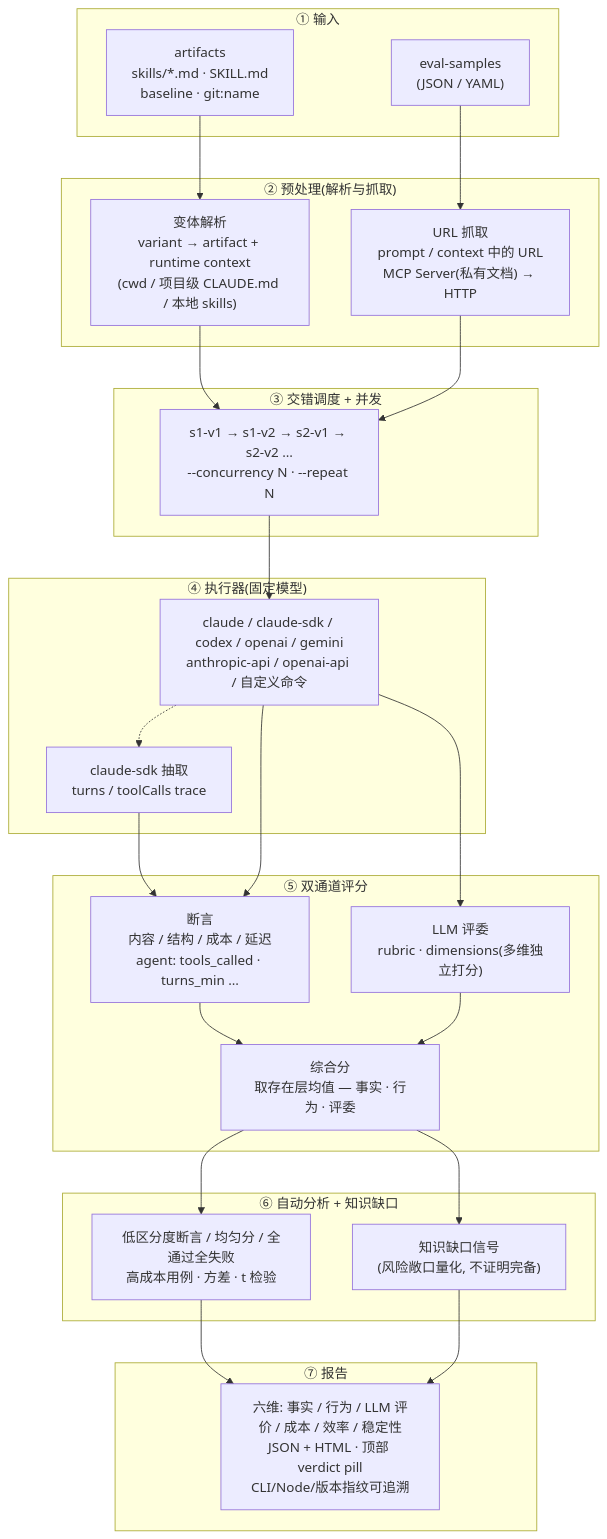
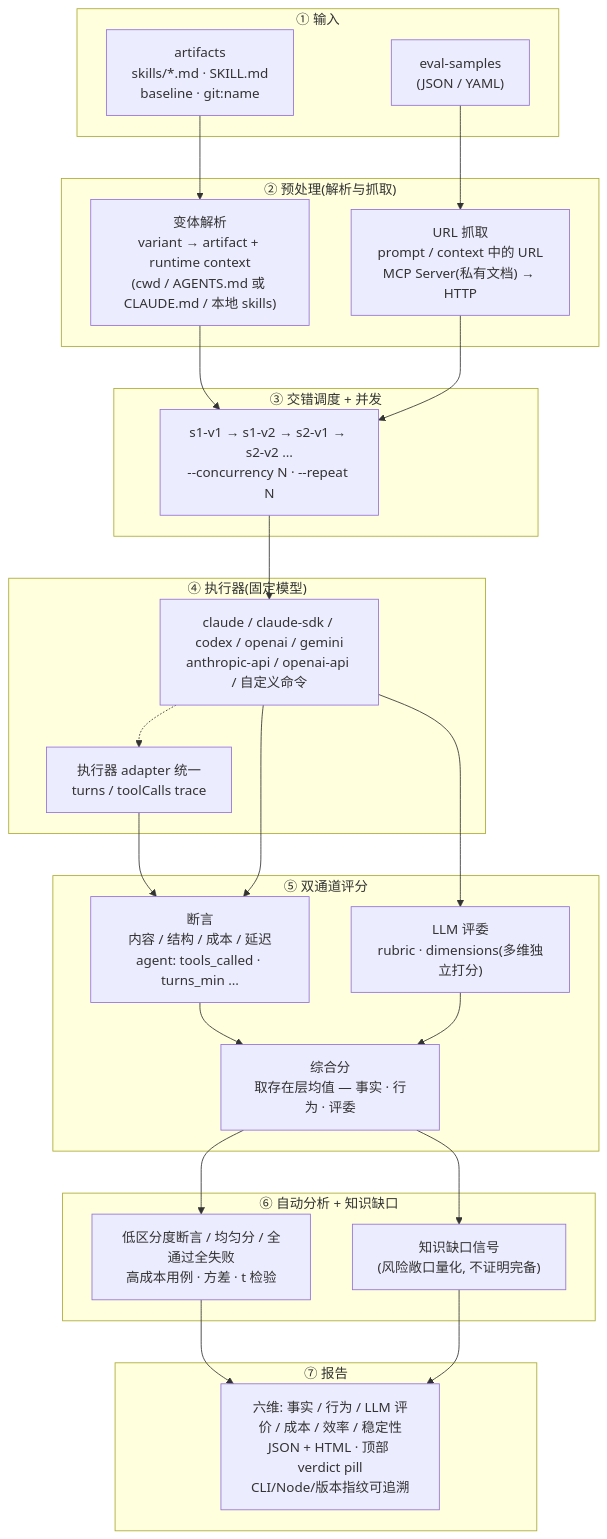
The first of 2 diagrams in docs/zh/explanation/architecture.md (lizhiyao/oh-my-knowledge), drawn with Mermaid before and after one commit. The commit also changed other lines of this file and 273 other files, not shown here.

````diff
--- a/docs/zh/explanation/architecture.md
+++ b/docs/zh/explanation/architecture.md
@@ -5,52 +5,52 @@
 ```mermaid
 flowchart TD
     subgraph Input["① 输入"]
         S["eval-samples<br/>(JSON / YAML)"]
         A["artifacts<br/>skills/*.md · SKILL.md<br/>baseline · git:name"]
     end
 
     subgraph Prep["② 预处理(解析与抓取)"]
-        V["变体解析<br/>variant → artifact + runtime context<br/>(cwd / 项目级 CLAUDE.md / 本地 skills)"]
+        V["变体解析<br/>variant → artifact + runtime context<br/>(cwd / AGENTS.md 或 CLAUDE.md / 本地 skills)"]
         U["URL 抓取<br/>prompt / context 中的 URL<br/>MCP Server(私有文档) → HTTP"]
     end
 
     subgraph Schedule["③ 交错调度 + 并发"]
         Q["s1-v1 → s1-v2 → s2-v1 → s2-v2 …<br/>--concurrency N · --repeat N"]
     end
 
     subgraph Exec["④ 执行器(固定模型)"]
         E["claude / claude-sdk / codex / openai / gemini<br/>anthropic-api / openai-api / 自定义命令"]
-        T["claude-sdk 抽取<br/>turns / toolCalls trace"]
+        T["执行器 adapter 统一<br/>turns / toolCalls trace"]
         E -.-> T
     end
 
     subgraph Score["⑤ 双通道评分"]
         AS["断言<br/>内容 / 结构 / 成本 / 延迟<br/>agent: tools_called · turns_min …"]
         LS["LLM 评委<br/>rubric · dimensions(多维独立打分)"]
         CS["综合分<br/>取存在层均值 — 事实 · 行为 · 评委"]
         AS --> CS
         LS --> CS
     end
 
     subgraph Analyze["⑥ 自动分析 + 知识缺口"]
         D["低区分度断言 / 均匀分 / 全通过全失败<br/>高成本用例 · 方差 · t 检验"]
         G["知识缺口信号<br/>(风险敞口量化, 不证明完备)"]
     end
 
     subgraph Report["⑦ 报告"]
         R["六维: 事实 / 行为 / LLM 评价 / 成本 / 效率 / 稳定性<br/>JSON + HTML · 顶部 verdict pill<br/>CLI/Node/版本指纹可追溯"]
     end
 
     S --> U
     A --> V
     V --> Q
     U --> Q
     Q --> E
     T --> AS
     E --> AS
     E --> LS
     CS --> D
     CS --> G
     D --> R
     G --> R
 ```
````
